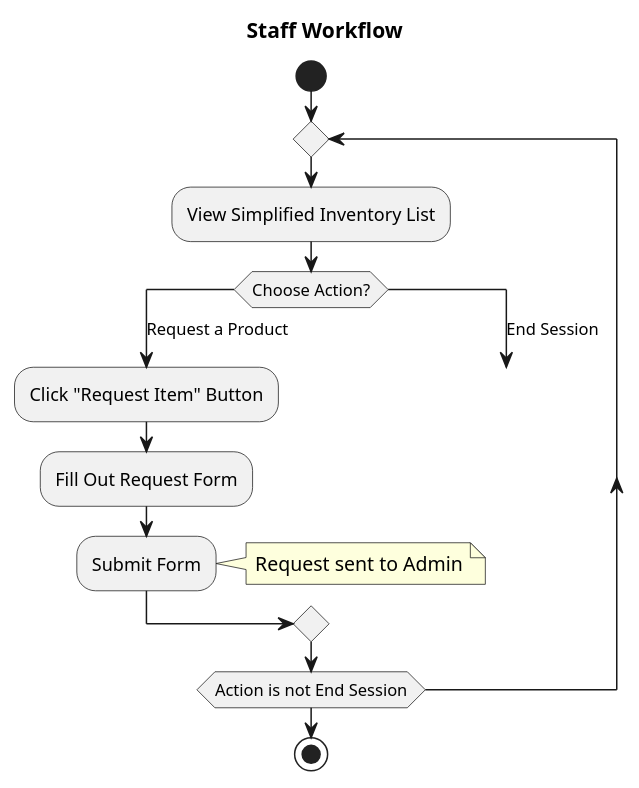
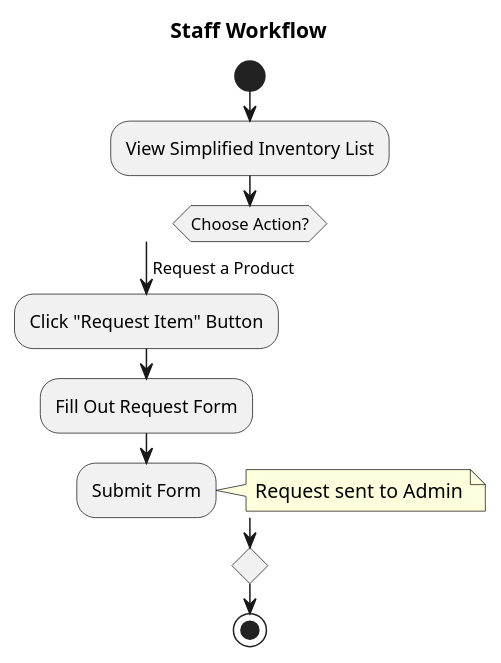
One commit to anubhav-vij/HULLC_Inventory_System changed the second of 2 diagrams in src/PROCESS_DIAGRAM.md. Above: the diagram before and after it, drawn with PlantUML. The commit also changed other lines of this file and 1 other file, not shown here.

````diff
--- a/src/PROCESS_DIAGRAM.md
+++ b/src/PROCESS_DIAGRAM.md
@@ -69,24 +65,20 @@
 ```plantuml
 @startuml
 title Staff Workflow
 start
 
 'The user is assumed to be logged in as Staff.
 
-repeat
-  :View Simplified Inventory List;
+:View Simplified Inventory List;
 
-  switch (Choose Action?)
-  case (Request a Product)
-    :Click "Request Item" Button;
-    :Fill Out Request Form;
-    :Submit Form;
-    note right: Request sent to Admin
-  case (End Session)
-    break
-  endswitch
-repeat while (Action is not End Session)
+switch (Choose Action?)
+case (Request a Product)
+  :Click "Request Item" Button;
+  :Fill Out Request Form;
+  :Submit Form;
+  note right: Request sent to Admin
+endswitch
 
 stop
 @enduml
 ```
````
